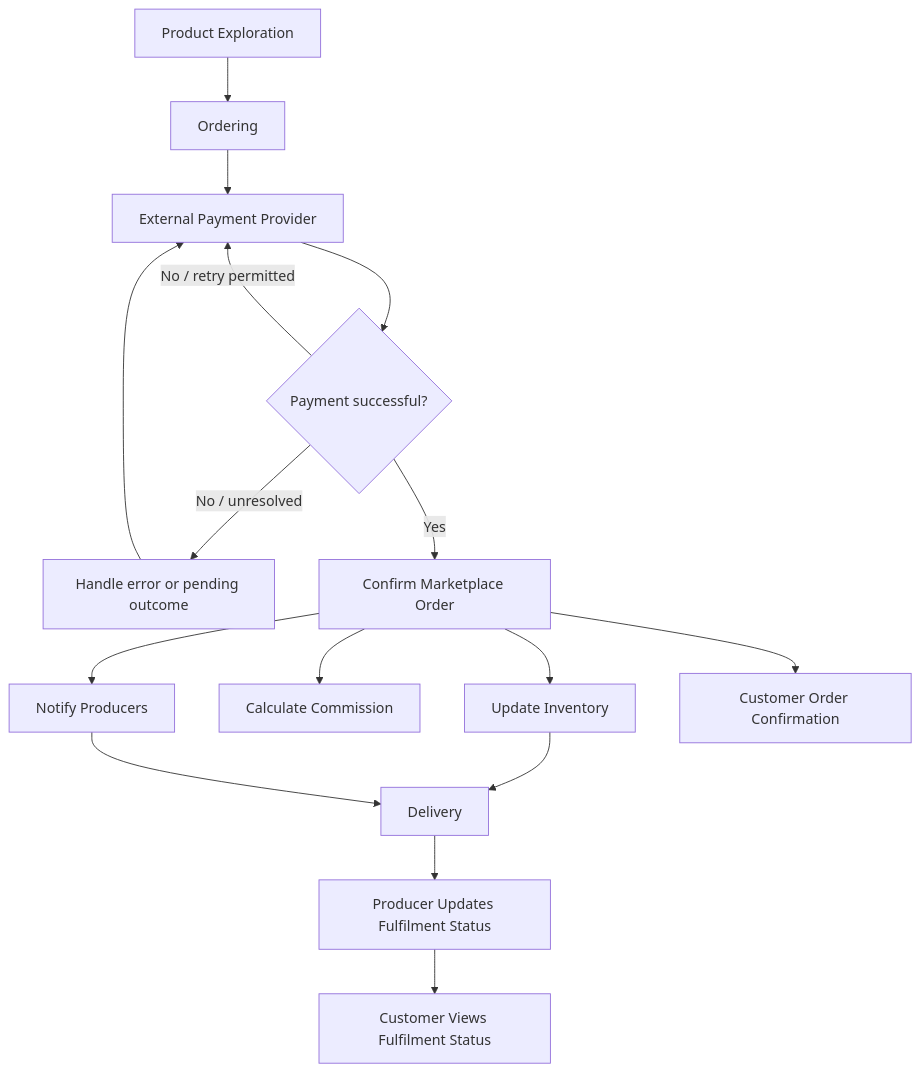
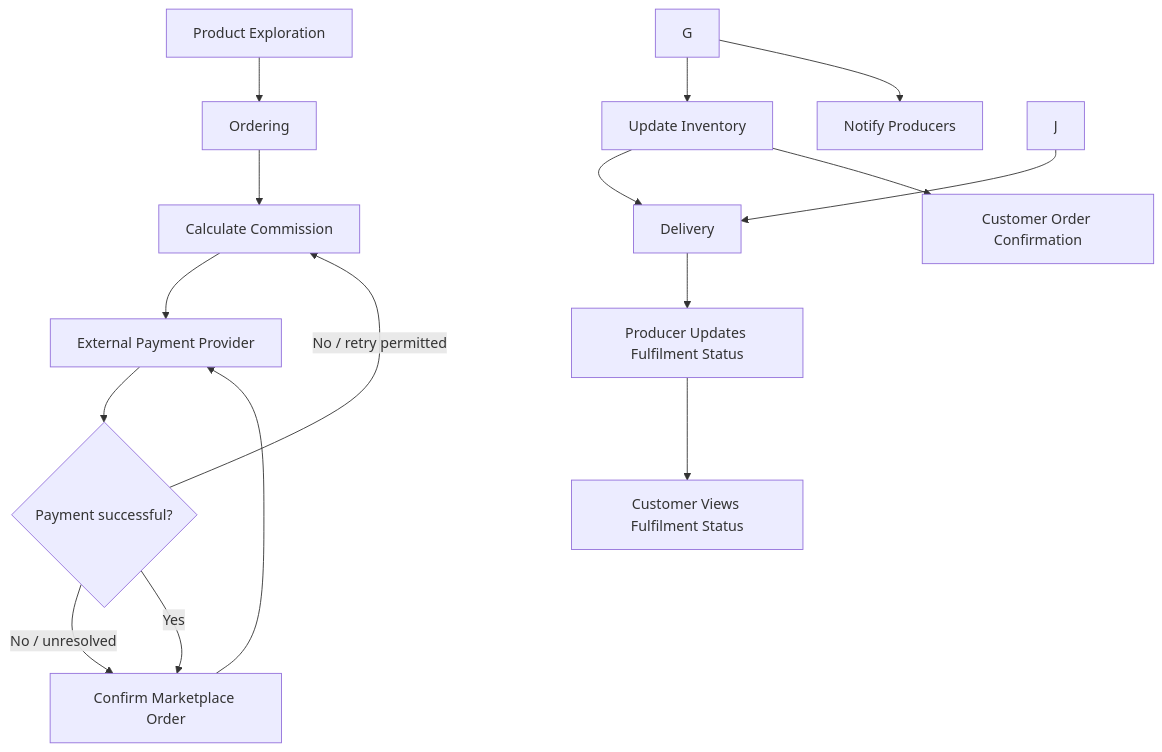
One commit to conor5-mcgrath/DESD-Assesment changed the diagram in Documentation/V0.0.1/features.md. Above: the diagram before and after it, drawn with Mermaid.

Commit message:
Rearrange flowchart nodes in features.md

````diff
--- a/Documentation/V0.0.1/features.md
+++ b/Documentation/V0.0.1/features.md
@@ -68,18 +68,18 @@
 ```mermaid
 flowchart TD
     A["Product Exploration"] --> B["Ordering"]
-    B --> C["External Payment Provider"]
-    C --> D{"Payment successful?"}
-    D -- "No / retry permitted" --> C
-    D -- "No / unresolved" --> E["Handle error or pending outcome"]
-    E --> C
-    D -- "Yes" --> F["Confirm Marketplace Order"]
-    F --> G["Update Inventory"]
-    F --> H["Calculate Commission"]
-    F --> I["Notify Producers"]
-    G --> J["Delivery"]
-    I --> J
-    F --> K["Customer Order Confirmation"]
-    J --> L["Producer Updates Fulfilment Status"]
-    L --> M["Customer Views Fulfilment Status"]
+    B --> C["Calculate Commission"]
+    C --> D["External Payment Provider"]
+    D --> E{"Payment successful?"}
+    E -- "No / retry permitted" --> C
+    E -- "No / unresolved" --> F["Handle error or pending outcome"]
+    F --> D
+    E -- "Yes" --> F["Confirm Marketplace Order"]
+    G --> H["Update Inventory"]
+    G --> I["Notify Producers"]
+    H --> K["Delivery"]
+    J --> K
+    H --> L["Customer Order Confirmation"]
+    K --> M["Producer Updates Fulfilment Status"]
+    M --> N["Customer Views Fulfilment Status"]
 ```
````
